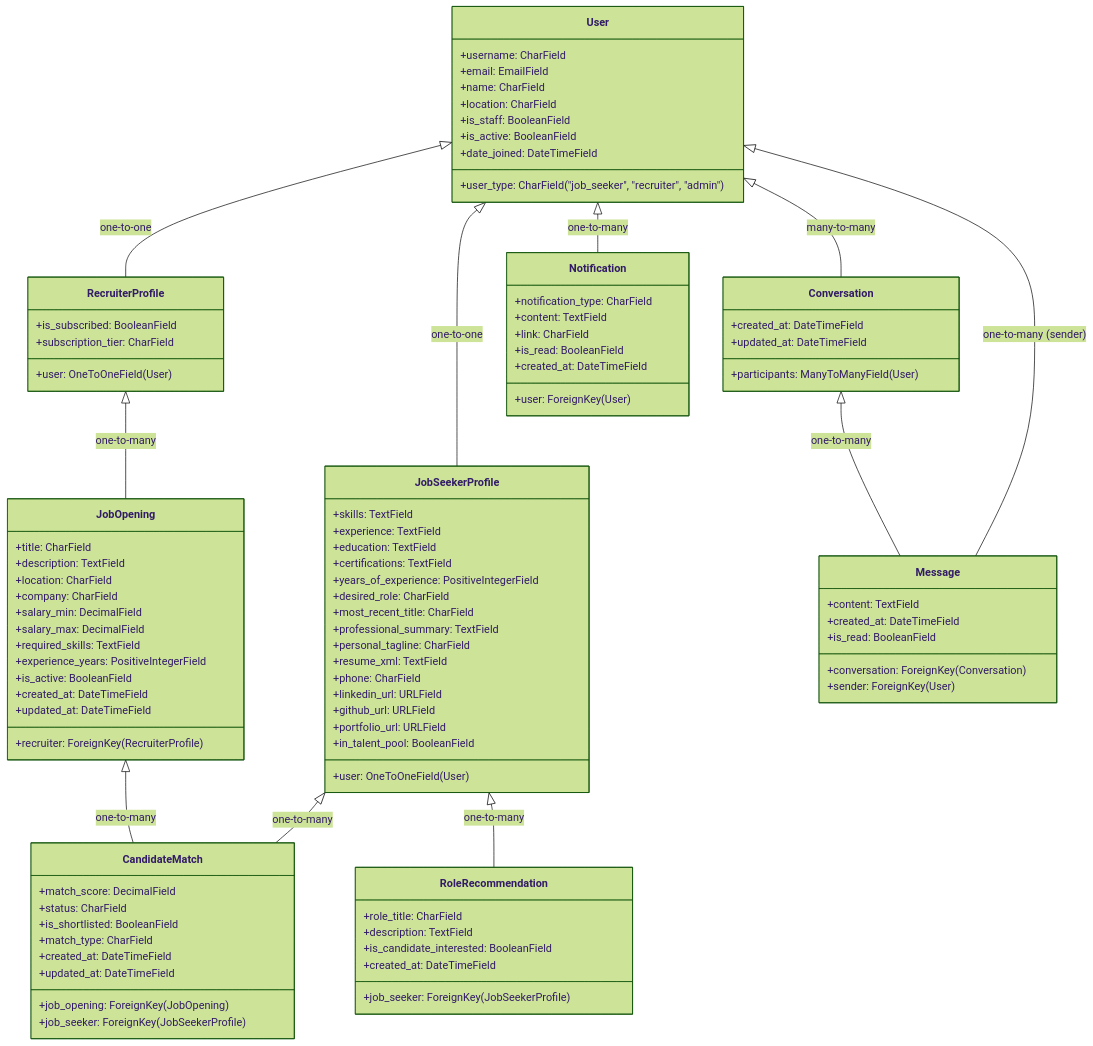
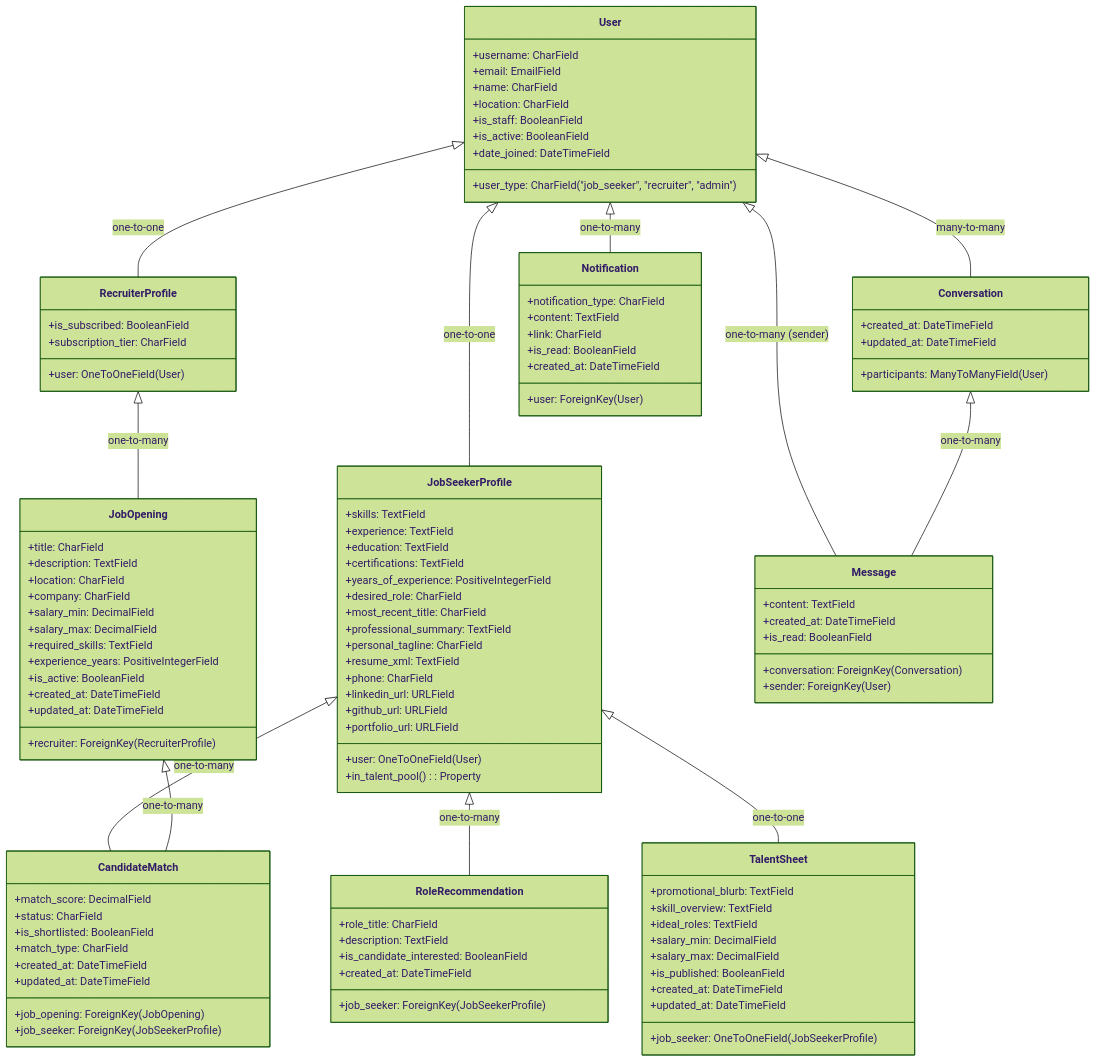
One commit to btfranklin/hiredar-saas-archive changed the diagram in docs/MODELS.md. Above: the diagram before and after it, drawn with Mermaid (forest theme). The commit also changed other lines of this file, not shown here.

Commit message:
Update MODELS.md to include TalentSheet model and refine JobSeekerProfile relationships

```diff
--- a/docs/MODELS.md
+++ b/docs/MODELS.md
@@ -12,6 +12,7 @@
     JobSeekerProfile <|-- CandidateMatch : one-to-many
     JobOpening <|-- CandidateMatch : one-to-many
     JobSeekerProfile <|-- RoleRecommendation : one-to-many
+    JobSeekerProfile <|-- TalentSheet : one-to-one
     User <|-- Conversation : many-to-many
     User <|-- Message : one-to-many (sender)
     Conversation <|-- Message : one-to-many
@@ -44,7 +45,7 @@
         +linkedin_url: URLField
         +github_url: URLField
         +portfolio_url: URLField
-        +in_talent_pool: BooleanField
+        +in_talent_pool(): Property
     }
     
     class RecruiterProfile {
@@ -87,6 +88,18 @@
         +created_at: DateTimeField
     }
     
+    class TalentSheet {
+        +job_seeker: OneToOneField(JobSeekerProfile)
+        +promotional_blurb: TextField
+        +skill_overview: TextField
+        +ideal_roles: TextField
+        +salary_min: DecimalField
+        +salary_max: DecimalField
+        +is_published: BooleanField
+        +created_at: DateTimeField
+        +updated_at: DateTimeField
+    }
+    
     class Conversation {
         +participants: ManyToManyField(User)
         +created_at: DateTimeField
```
